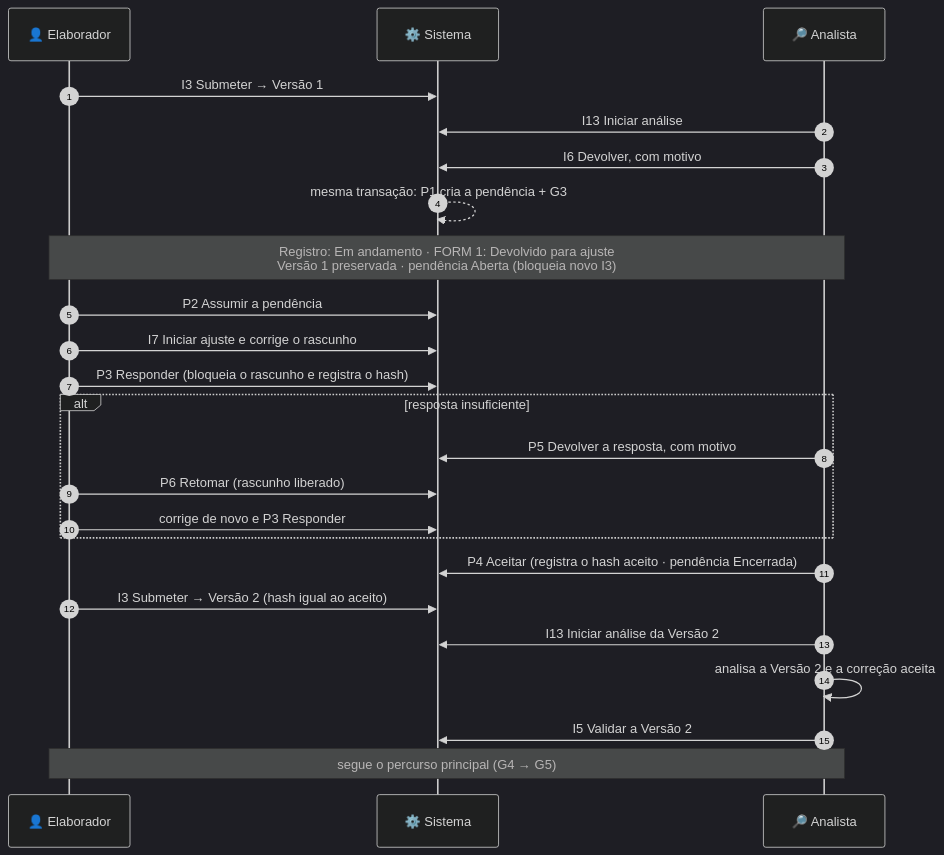
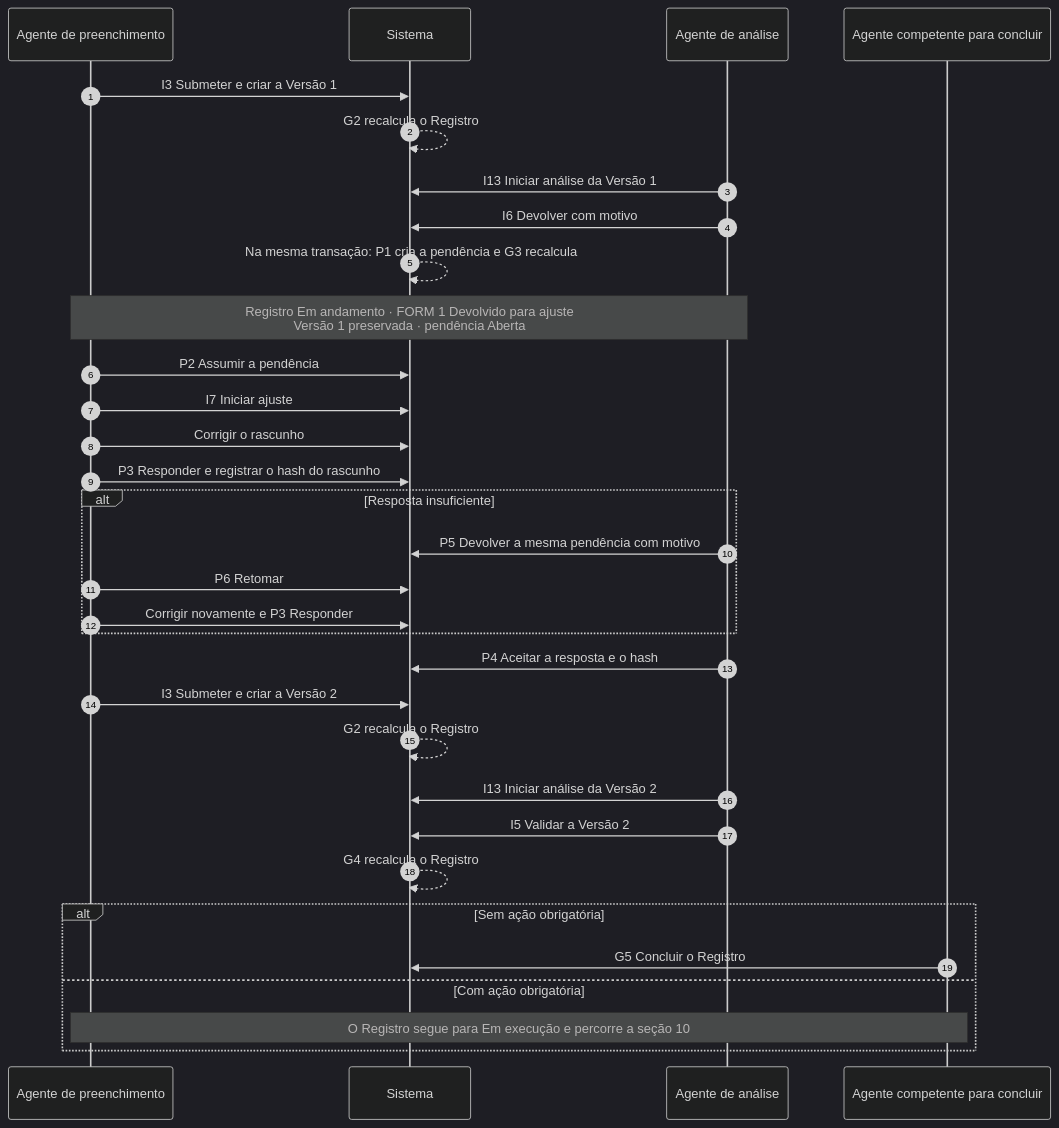
One commit to ailtonfv/governanca-lgpd-hortolandia changed the fifth of 9 diagrams in docs/arquitetura/MAPA_M1a.md. Above: the diagram before and after it, drawn with Mermaid (dark theme). The commit also changed other lines of this file, not shown here.

````diff
--- a/docs/arquitetura/MAPA_M1a.md
+++ b/docs/arquitetura/MAPA_M1a.md
@@ -162,26 +250,39 @@
 ```mermaid
 sequenceDiagram
     autonumber
-    participant E as 👤 Elaborador
-    participant S as ⚙️ Sistema
-    participant A as 🔎 Analista
-    E->>S: I3 Submeter → Versão 1
-    A->>S: I13 Iniciar análise
-    A->>S: I6 Devolver, com motivo
-    S-->>S: mesma transação: P1 cria a pendência + G3
-    Note over E,A: Registro: Em andamento · FORM 1: Devolvido para ajuste<br/>Versão 1 preservada · pendência Aberta (bloqueia novo I3)
-    E->>S: P2 Assumir a pendência
-    E->>S: I7 Iniciar ajuste e corrige o rascunho
-    E->>S: P3 Responder (bloqueia o rascunho e registra o hash)
-    alt resposta insuficiente
-        A->>S: P5 Devolver a resposta, com motivo
-        E->>S: P6 Retomar (rascunho liberado)
-        E->>S: corrige de novo e P3 Responder
+    participant P as Agente de preenchimento
+    participant S as Sistema
+    participant A as Agente de análise
+    participant C as Agente competente para concluir
+
+    P->>S: I3 Submeter e criar a Versão 1
+    S-->>S: G2 recalcula o Registro
+    A->>S: I13 Iniciar análise da Versão 1
+    A->>S: I6 Devolver com motivo
+    S-->>S: Na mesma transação: P1 cria a pendência e G3 recalcula
+    Note over P,A: Registro Em andamento · FORM 1 Devolvido para ajuste<br/>Versão 1 preservada · pendência Aberta
+
+    P->>S: P2 Assumir a pendência
+    P->>S: I7 Iniciar ajuste
+    P->>S: Corrigir o rascunho
+    P->>S: P3 Responder e registrar o hash do rascunho
+
+    alt Resposta insuficiente
+        A->>S: P5 Devolver a mesma pendência com motivo
+        P->>S: P6 Retomar
+        P->>S: Corrigir novamente e P3 Responder
     end
-    A->>S: P4 Aceitar (registra o hash aceito · pendência Encerrada)
-    E->>S: I3 Submeter → Versão 2 (hash igual ao aceito)
+
+    A->>S: P4 Aceitar a resposta e o hash
+    P->>S: I3 Submeter e criar a Versão 2
+    S-->>S: G2 recalcula o Registro
     A->>S: I13 Iniciar análise da Versão 2
-    A->>A: analisa a Versão 2 e a correção aceita
     A->>S: I5 Validar a Versão 2
-    Note over E,A: segue o percurso principal (G4 → G5)
+    S-->>S: G4 recalcula o Registro
+
+    alt Sem ação obrigatória
+        C->>S: G5 Concluir o Registro
+    else Com ação obrigatória
+        Note over P,C: O Registro segue para Em execução e percorre a seção 10
+    end
 ```
````
